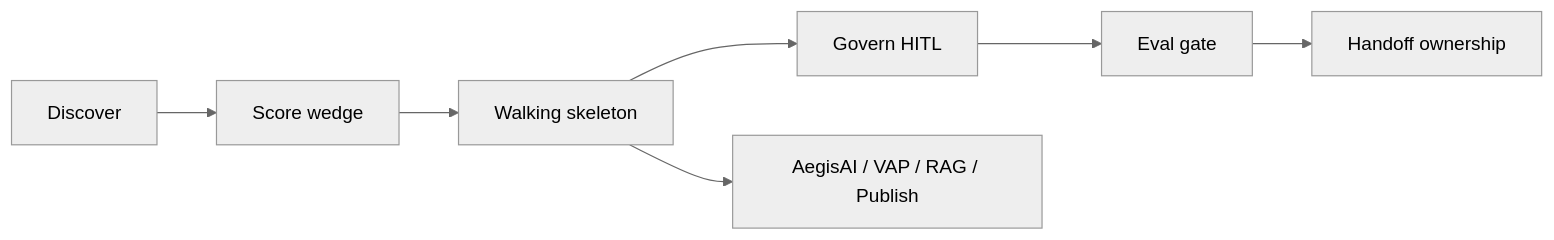
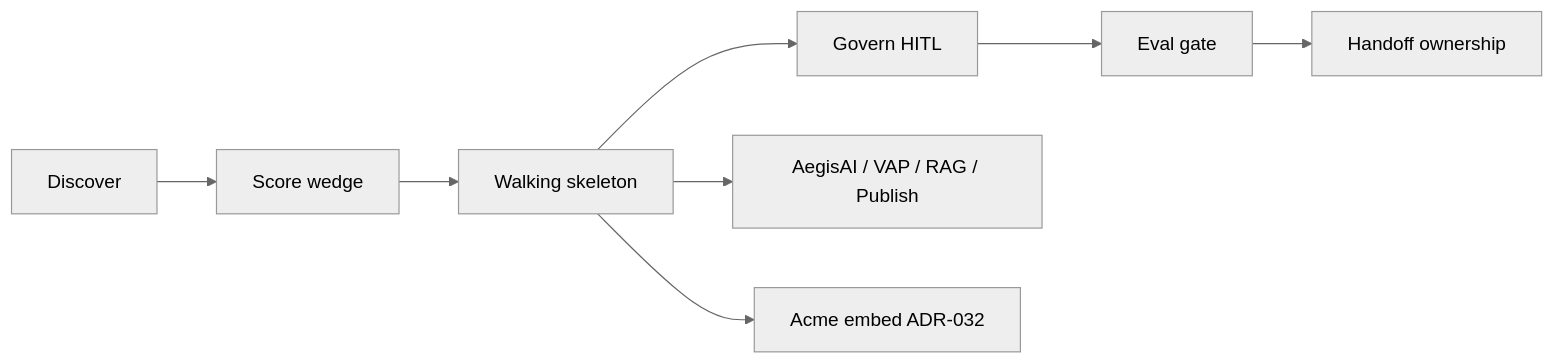
One commit to vpeetla-ai/ai-architecture-portfolio changed the diagram in case-studies/fde-field-method.md. Above: the diagram before and after it, drawn with Mermaid (neutral theme). The commit also changed other lines of this file and 4 other files, not shown here.

First line of the commit message:
Index Acme embed across architecture README and case studies.

````diff
--- a/case-studies/fde-field-method.md
+++ b/case-studies/fde-field-method.md
@@ -17,9 +18,10 @@
 ```mermaid
 flowchart LR
   D[Discover] --> S[Score wedge]
   S --> W[Walking skeleton]
   W --> G[Govern HITL]
   G --> E[Eval gate]
   E --> H[Handoff ownership]
   W --> Spine[AegisAI / VAP / RAG / Publish]
+  W --> Acme[Acme embed ADR-032]
 ```
````
